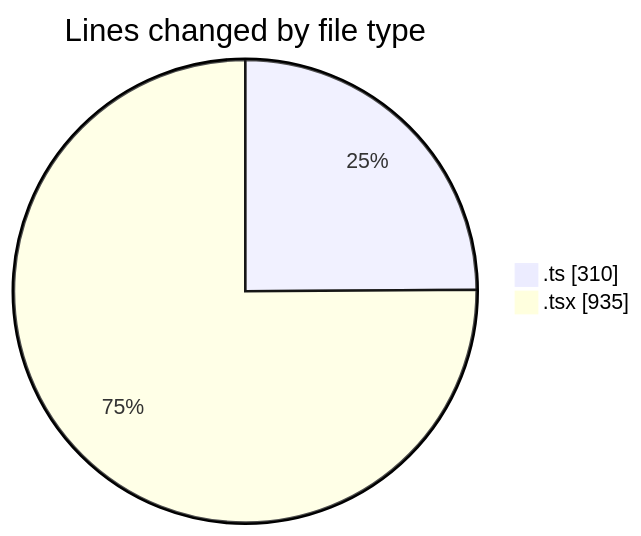
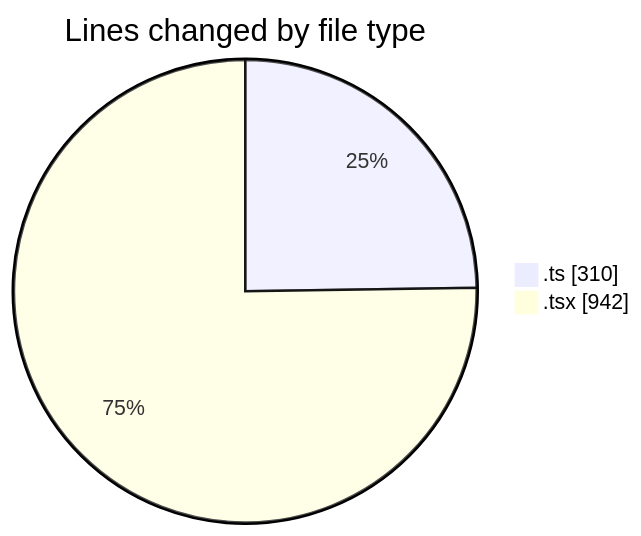
Before and after one commit to momahboobian/code-tracking: the first of 2 diagrams in 2026-09-09/cda/README.md, drawn with Mermaid. The commit also changed other lines of this file and 1 other file, not shown here.

````diff
--- a/2026-09-09/cda/README.md
+++ b/2026-09-09/cda/README.md
@@ -30,6 +30,6 @@
 ```mermaid
 pie showData
 title Lines changed by file type
 ".ts" : 310
-".tsx" : 935
+".tsx" : 942
 ```
````
